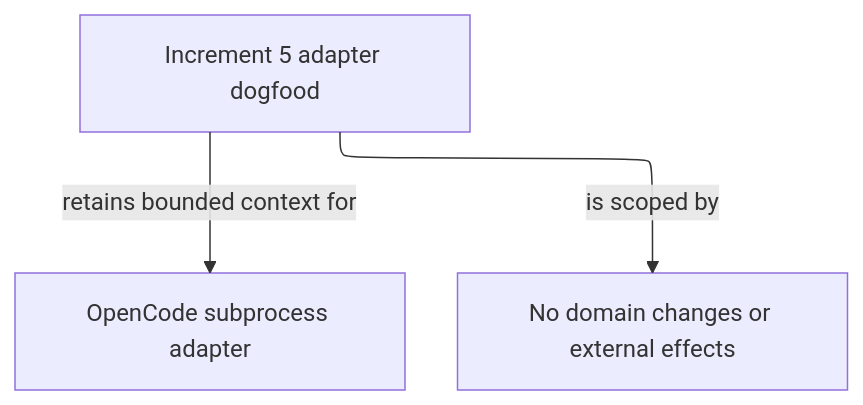
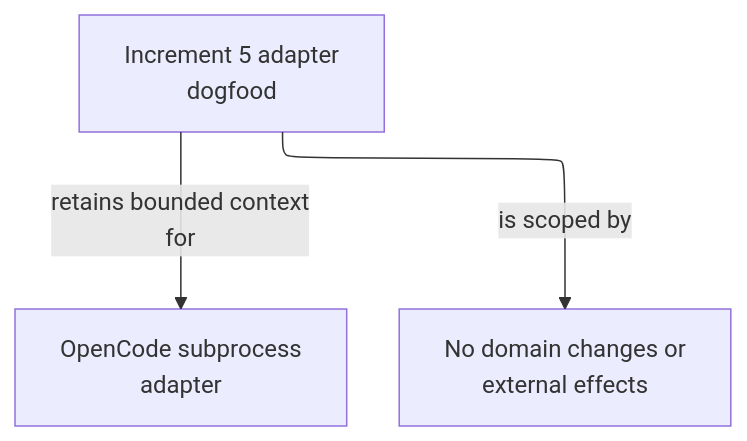
Before and after one commit to abstract-business-systems/as-is: the diagram in validation-fixtures/increment-5-dogfood/as-is.md, drawn with Mermaid. The commit also changed 47 other files, not shown here.

Commit message:
docs(diagrams): improve Mermaid readability validation

````diff
--- a/validation-fixtures/increment-5-dogfood/as-is.md
+++ b/validation-fixtures/increment-5-dogfood/as-is.md
@@ -16,9 +16,9 @@
 ```mermaid
 ---
 config:
   layout: elk
 ---
 flowchart TB
-    Fixture["Increment 5 adapter dogfood"] -->|retains bounded context for| Adapter["OpenCode subprocess adapter"]
-    Fixture -->|is scoped by| Guardrails["No domain changes or external effects"]
+    Fixture["Increment 5 adapter<br/>dogfood"] -->|retains bounded context<br/>for| Adapter["OpenCode subprocess<br/>adapter"]
+    Fixture -->|is scoped by| Guardrails["No domain changes or<br/>external effects"]
 ```
````
